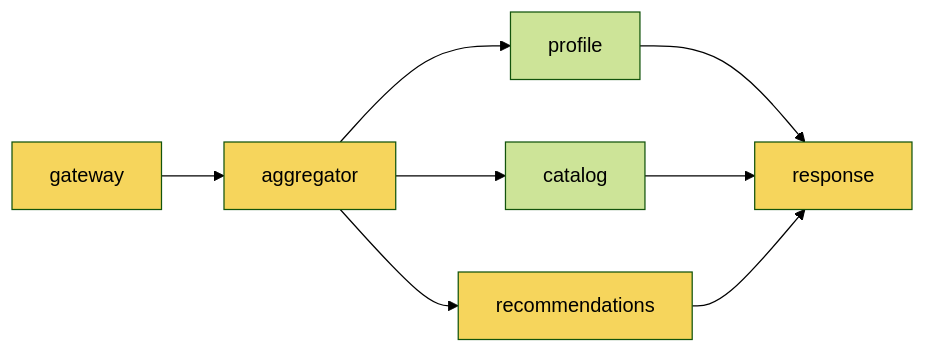
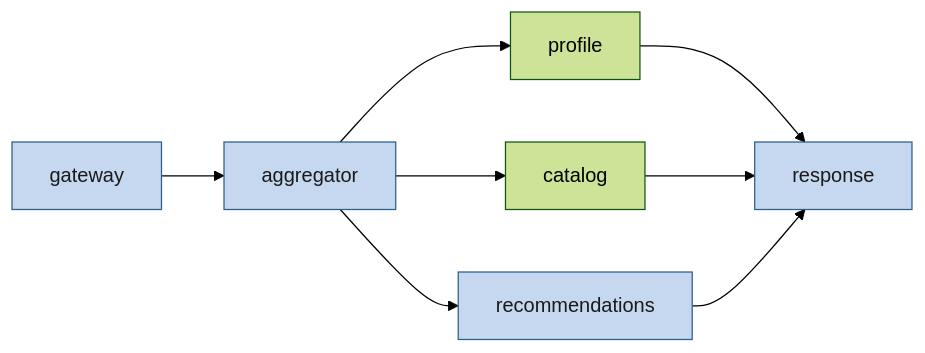
The second of 2 diagrams in docs/diagrams.md (Bindukk18/latency-budget-analyzer), drawn with Mermaid (forest theme) before and after one commit. The commit also changed 1 other file, not shown here.

Commit message:
docs: use slate blue for critical-path nodes

````diff
--- a/docs/diagrams.md
+++ b/docs/diagrams.md
@@ -16,11 +16,11 @@
 ```mermaid
 flowchart LR
     gateway --> aggregator
     aggregator --> profile --> response
     aggregator --> catalog --> response
     aggregator --> recommendations --> response
-    style gateway fill:#f6d55c
-    style aggregator fill:#f6d55c
-    style recommendations fill:#f6d55c
-    style response fill:#f6d55c
+    style gateway fill:#c5d8f0,stroke:#2c5f8a,color:#1a1a1a
+    style aggregator fill:#c5d8f0,stroke:#2c5f8a,color:#1a1a1a
+    style recommendations fill:#c5d8f0,stroke:#2c5f8a,color:#1a1a1a
+    style response fill:#c5d8f0,stroke:#2c5f8a,color:#1a1a1a
 ```
````
